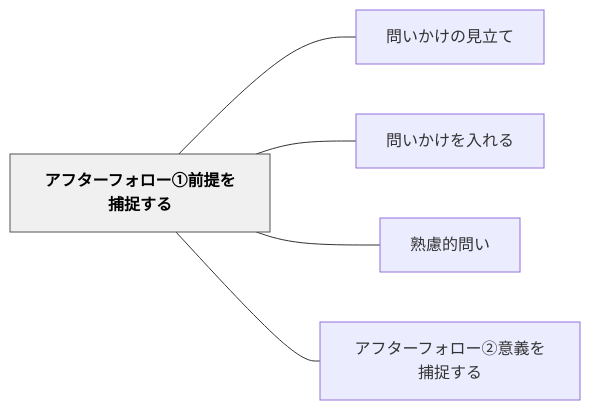
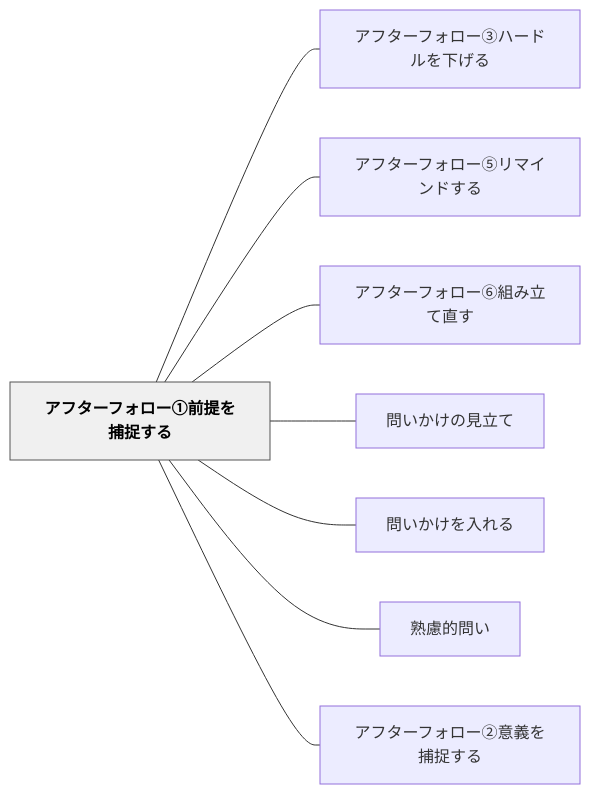
One commit to unknownthings-ed-patterns/unknownthings-ed-patterns changed the diagram in content/パタン/アフターフォロー①前提を捕捉する.md. Above: the diagram before and after it, drawn with Mermaid. The commit also changed other lines of this file and 38 other files, not shown here.

````diff
--- a/content/パタン/アフターフォロー①前提を捕捉する.md
+++ b/content/パタン/アフターフォロー①前提を捕捉する.md
@@ -41,16 +44,22 @@
 ```mermaid
 flowchart LR
     ne382a2e38395e382bfe383bce38395e382a9e383ade383bce291a0e5898de68f90e38292e68d95e68d89e38199e3828b["アフターフォロー①前提を捕捉する"]
+    ne382a2e38395e382bfe383bce38395e382a9e383ade383bce291a2e3838fe383bce38389e383abe38292e4b88be38192e3828b["アフターフォロー③ハードルを下げる"]
+    ne382a2e38395e382bfe383bce38395e382a9e383ade383bce291a4e383aae3839ee382a4e383b3e38389e38199e3828b["アフターフォロー⑤リマインドする"]
+    ne382a2e38395e382bfe383bce38395e382a9e383ade383bce291a5e7b584e381bfe7ab8be381a6e79bb4e38199["アフターフォロー⑥組み立て直す"]
     ne5958fe38184e3818be38191e381aee8a68be7ab8be381a6["問いかけの見立て"]
     ne5958fe38184e3818be38191e38292e585a5e3828ce3828b["問いかけを入れる"]
     ne7869fe685aee79a84e5958fe38184["熟慮的問い"]
     ne382a2e38395e382bfe383bce38395e382a9e383ade383bce291a1e6848fe7bea9e38292e68d95e68d89e38199e3828b["アフターフォロー②意義を捕捉する"]
 
+    ne382a2e38395e382bfe383bce38395e382a9e383ade383bce291a0e5898de68f90e38292e68d95e68d89e38199e3828b --- ne382a2e38395e382bfe383bce38395e382a9e383ade383bce291a2e3838fe383bce38389e383abe38292e4b88be38192e3828b
+    ne382a2e38395e382bfe383bce38395e382a9e383ade383bce291a0e5898de68f90e38292e68d95e68d89e38199e3828b --- ne382a2e38395e382bfe383bce38395e382a9e383ade383bce291a4e383aae3839ee382a4e383b3e38389e38199e3828b
+    ne382a2e38395e382bfe383bce38395e382a9e383ade383bce291a0e5898de68f90e38292e68d95e68d89e38199e3828b --- ne382a2e38395e382bfe383bce38395e382a9e383ade383bce291a5e7b584e381bfe7ab8be381a6e79bb4e38199
     ne382a2e38395e382bfe383bce38395e382a9e383ade383bce291a0e5898de68f90e38292e68d95e68d89e38199e3828b --- ne5958fe38184e3818be38191e381aee8a68be7ab8be381a6
     ne382a2e38395e382bfe383bce38395e382a9e383ade383bce291a0e5898de68f90e38292e68d95e68d89e38199e3828b --- ne5958fe38184e3818be38191e38292e585a5e3828ce3828b
     ne382a2e38395e382bfe383bce38395e382a9e383ade383bce291a0e5898de68f90e38292e68d95e68d89e38199e3828b --- ne7869fe685aee79a84e5958fe38184
     ne382a2e38395e382bfe383bce38395e382a9e383ade383bce291a0e5898de68f90e38292e68d95e68d89e38199e3828b --- ne382a2e38395e382bfe383bce38395e382a9e383ade383bce291a1e6848fe7bea9e38292e68d95e68d89e38199e3828b
 
     classDef hub fill:#f0f0f0,stroke:#555,color:#000,font-weight:bold
     class ne382a2e38395e382bfe383bce38395e382a9e383ade383bce291a0e5898de68f90e38292e68d95e68d89e38199e3828b hub
 ```
````
